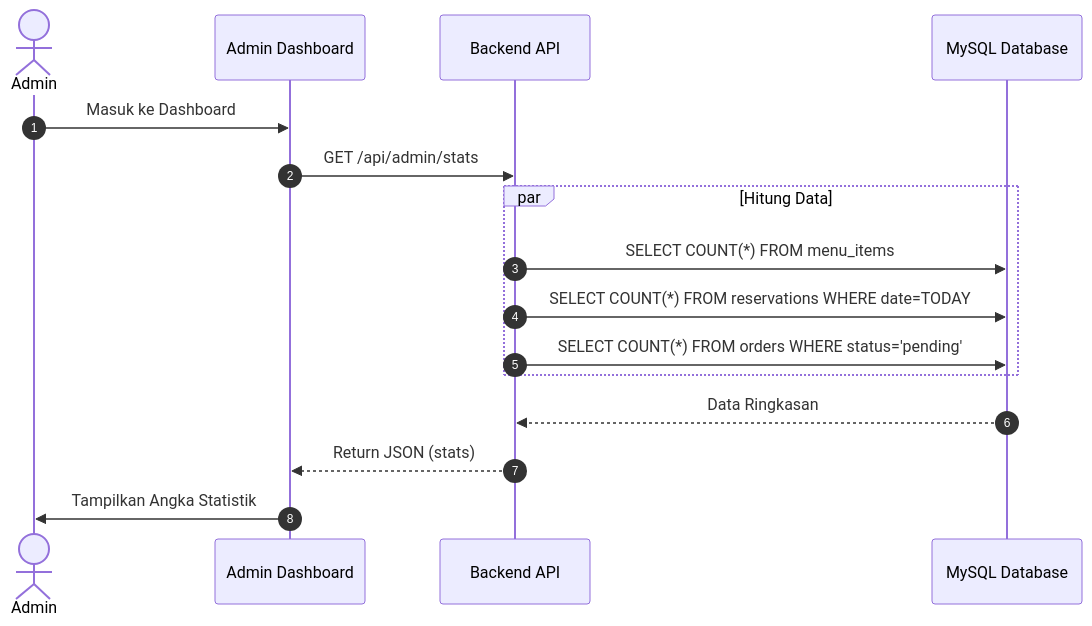
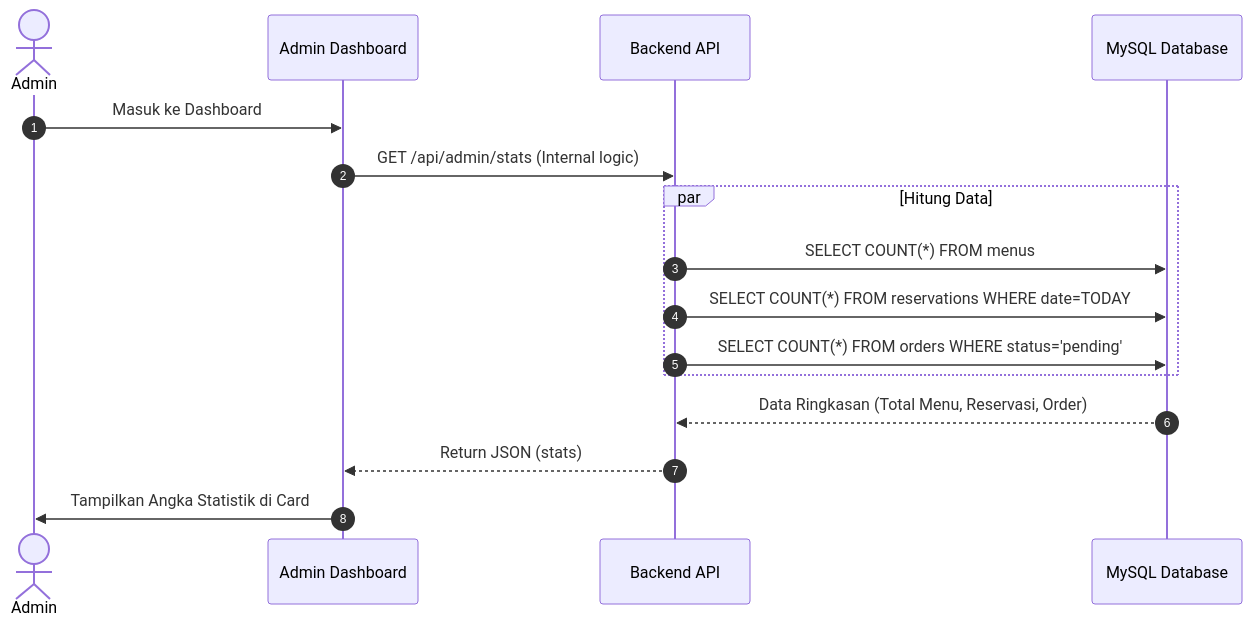
The eighth of 8 diagrams in DIAGRAM.md (AkbarHusaini/website-reservasi-online-Ineri-suki), drawn with Mermaid before and after one commit. The commit also changed other lines of this file and 7 other files, not shown here.

Commit message:
Update: slimmed admin UI scaling, added logo favicon, updated project name and architecture diagrams

````diff
--- a/DIAGRAM.md
+++ b/DIAGRAM.md
@@ -203,21 +208,21 @@
 ```mermaid
 sequenceDiagram
     autonumber
     actor Admin
     participant FE as Admin Dashboard
     participant BE as Backend API
     participant DB as MySQL Database
 
     Admin->>FE: Masuk ke Dashboard
-    FE->>BE: GET /api/admin/stats
+    FE->>BE: GET /api/admin/stats (Internal logic)
     
     par Hitung Data
-        BE->>DB: SELECT COUNT(*) FROM menu_items
+        BE->>DB: SELECT COUNT(*) FROM menus
         BE->>DB: SELECT COUNT(*) FROM reservations WHERE date=TODAY
         BE->>DB: SELECT COUNT(*) FROM orders WHERE status='pending'
     end
 
-    DB-->>BE: Data Ringkasan
+    DB-->>BE: Data Ringkasan (Total Menu, Reservasi, Order)
     BE-->>FE: Return JSON (stats)
-    FE->>Admin: Tampilkan Angka Statistik
+    FE->>Admin: Tampilkan Angka Statistik di Card
 ```
````
